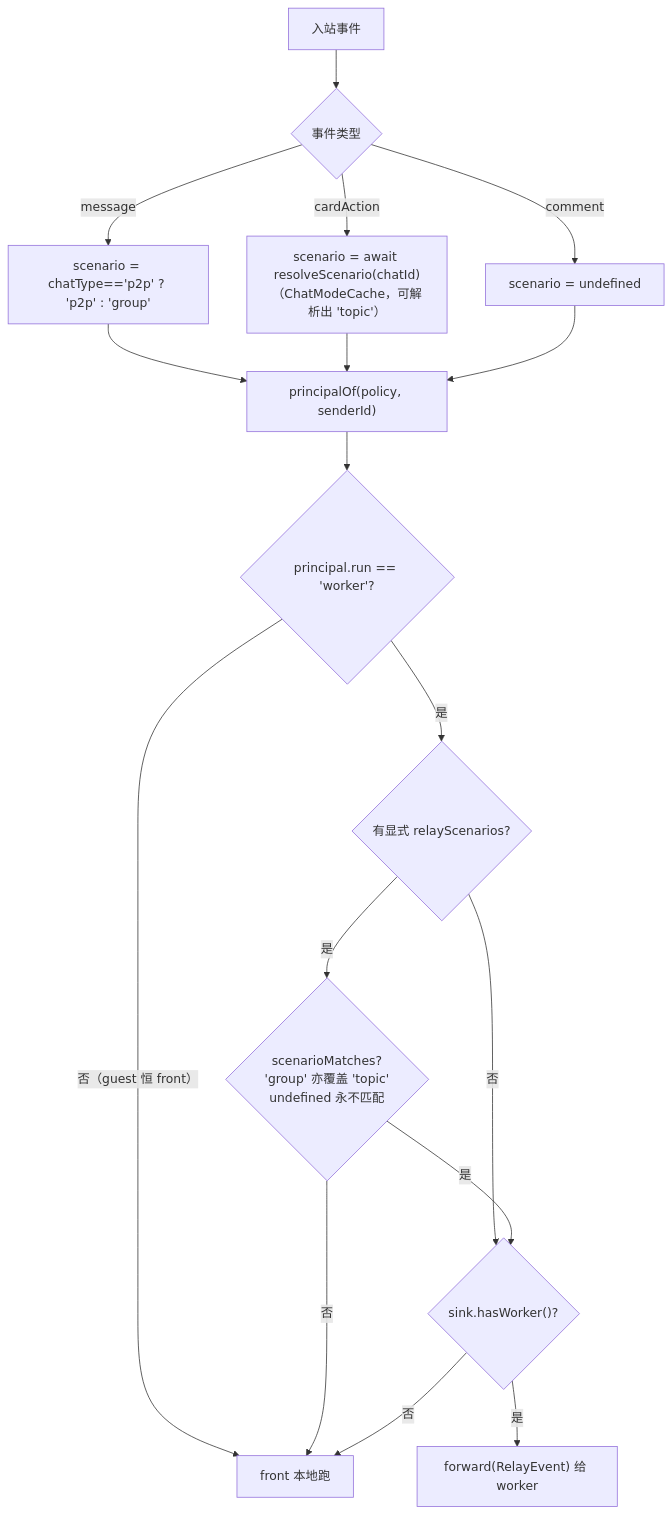
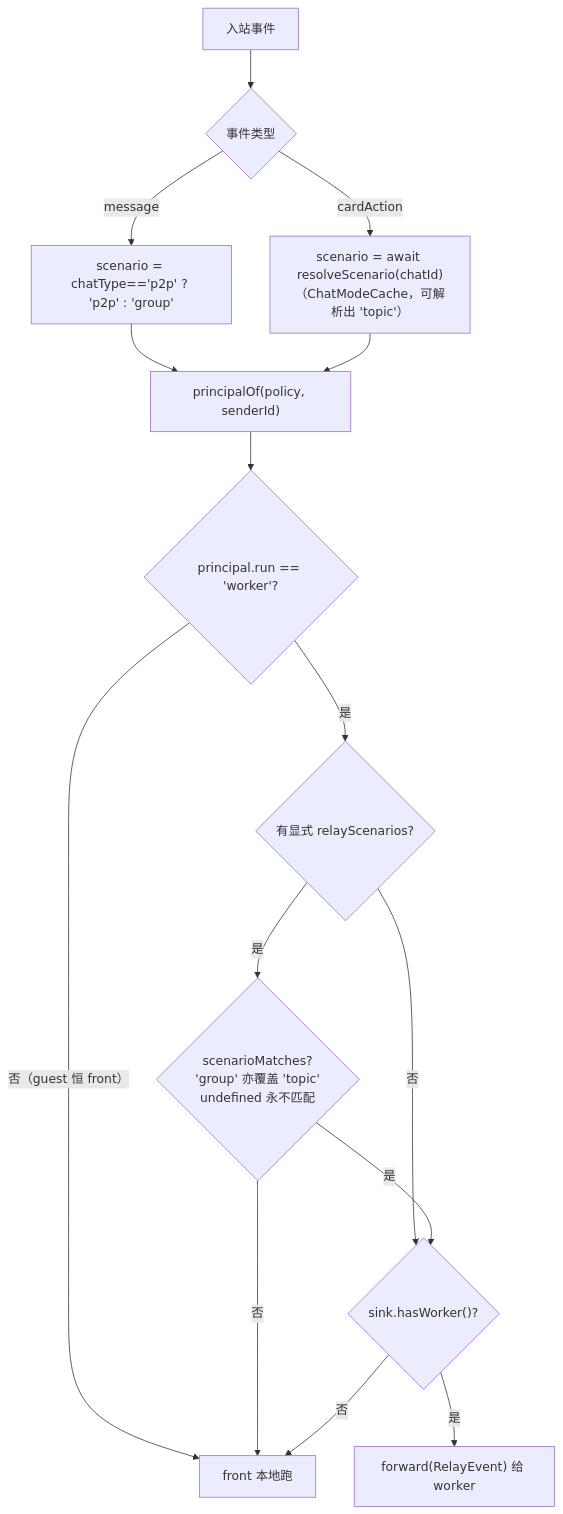
Before and after one commit to sorphwer/feishu-omp-bridge: the fourth of 5 diagrams in how-it-works/03-feishu-transport.md, drawn with Mermaid. The commit also changed other lines of this file and 15 other files, not shown here.

````diff
--- a/how-it-works/03-feishu-transport.md
+++ b/how-it-works/03-feishu-transport.md
@@ -165,19 +164,17 @@
 ```mermaid
 flowchart TD
   EV["入站事件"] --> KIND{"事件类型"}
   KIND -->|message| SM["scenario = chatType=='p2p' ? 'p2p' : 'group'"]
   KIND -->|cardAction| SC["scenario = await resolveScenario(chatId)<br/>（ChatModeCache，可解析出 'topic'）"]
-  KIND -->|comment| SU["scenario = undefined"]
   SM --> P["principalOf(policy, senderId)"]
   SC --> P
-  SU --> P
   P --> RUNQ{"principal.run == 'worker'?"}
   RUNQ -->|"否（guest 恒 front）"| FRONTQ["front 本地跑"]
   RUNQ -->|是| SCEN{"有显式 relayScenarios?"}
   SCEN -->|否| HW{"sink.hasWorker()?"}
   SCEN -->|是| MATCH{"scenarioMatches?<br/>'group' 亦覆盖 'topic'<br/>undefined 永不匹配"}
   MATCH -->|否| FRONTQ
   MATCH -->|是| HW
   HW -->|否| FRONTQ
   HW -->|是| FWD["forward(RelayEvent) 给 worker"]
 ```
````
